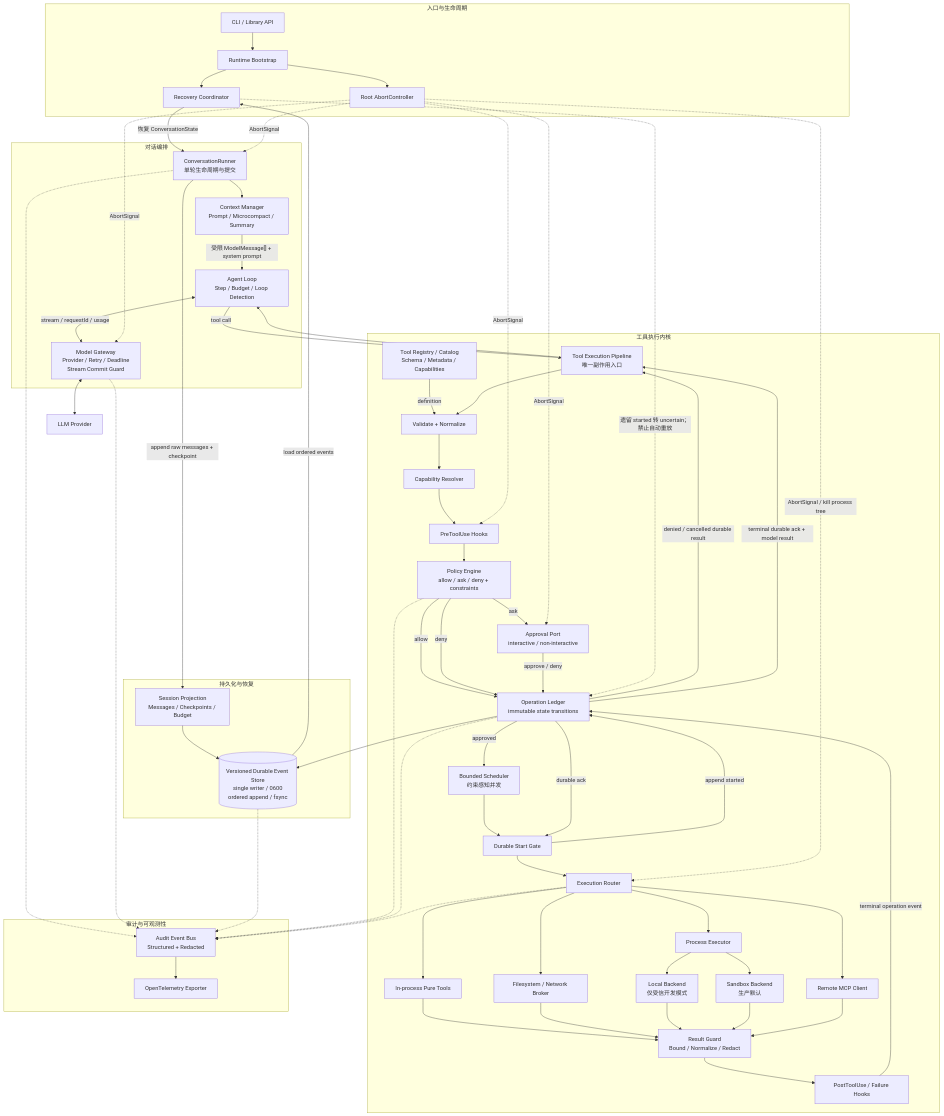
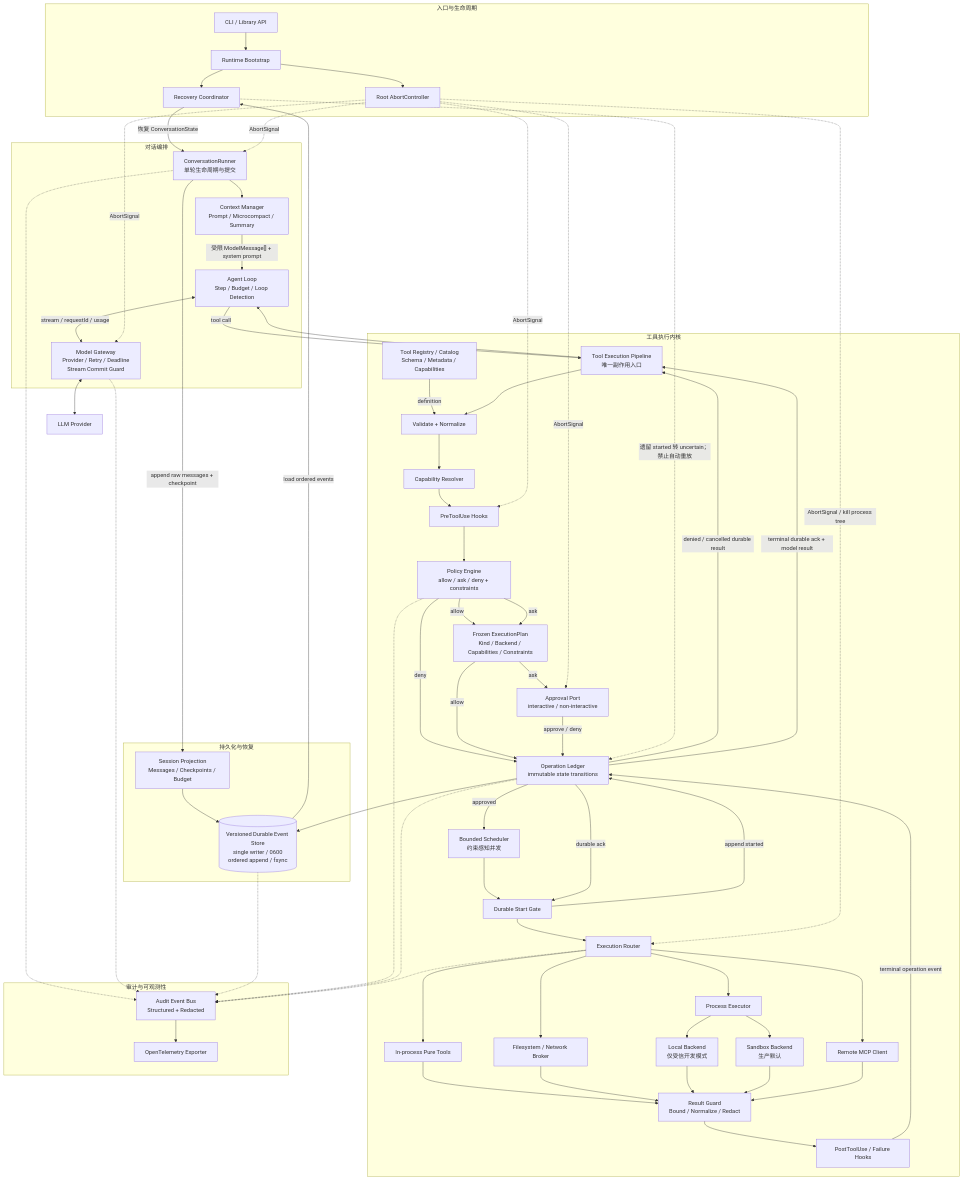
The first of 5 diagrams in docs/production-agent-spec.md (caosiwei97/super-agent), drawn with Mermaid before and after one commit. The commit also changed other lines of this file and 2 other files, not shown here.

```diff
--- a/docs/production-agent-spec.md
+++ b/docs/production-agent-spec.md
@@ -95,6 +96,7 @@
         Capability["Capability Resolver"]
         PreHook["PreToolUse Hooks"]
         Policy["Policy Engine<br/>allow / ask / deny + constraints"]
+        Plan["Frozen ExecutionPlan<br/>Kind / Backend / Capabilities / Constraints"]
         Approval["Approval Port<br/>interactive / non-interactive"]
         Ledger["Operation Ledger<br/>immutable state transitions"]
         Scheduler["Bounded Scheduler<br/>约束感知并发"]
@@ -132,9 +134,11 @@
     Loop -->|"tool call"| Pipeline
     Registry -->|"definition"| Validate
     Pipeline --> Validate --> Capability --> PreHook --> Policy
-    Policy -->|"allow"| Ledger
-    Policy -->|"ask"| Approval
+    Policy -->|"allow"| Plan
+    Policy -->|"ask"| Plan
     Policy -->|"deny"| Ledger
+    Plan -->|"ask"| Approval
+    Plan -->|"allow"| Ledger
     Approval -->|"approve / deny"| Ledger
     Ledger -->|"denied / cancelled durable result"| Pipeline
     Ledger -->|"approved"| Scheduler
```
